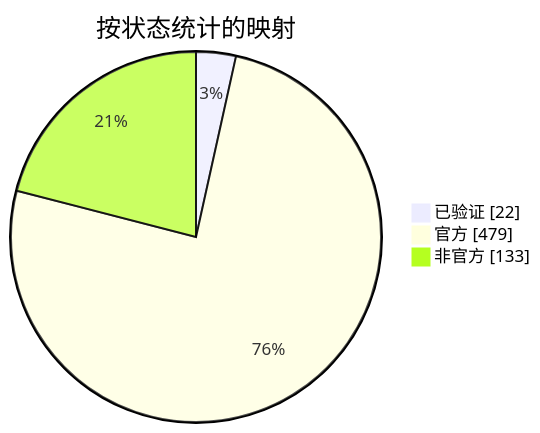
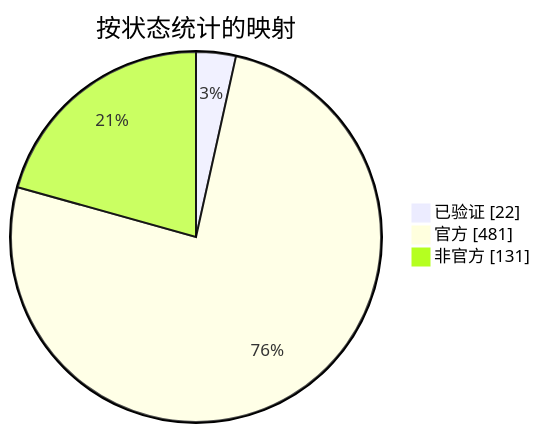
The diagram in docs/readme/README_ZHS.md (nobrega8/mbmap-library), drawn with Mermaid before and after one commit. The commit also changed 7 other files, not shown here.

````diff
--- a/docs/readme/README_ZHS.md
+++ b/docs/readme/README_ZHS.md
@@ -54,7 +54,7 @@
 ```mermaid
 pie showData
     title 按状态统计的映射
     "已验证" : 22
-    "官方" : 479
-    "非官方" : 133
+    "官方" : 481
+    "非官方" : 131
 ```
````
